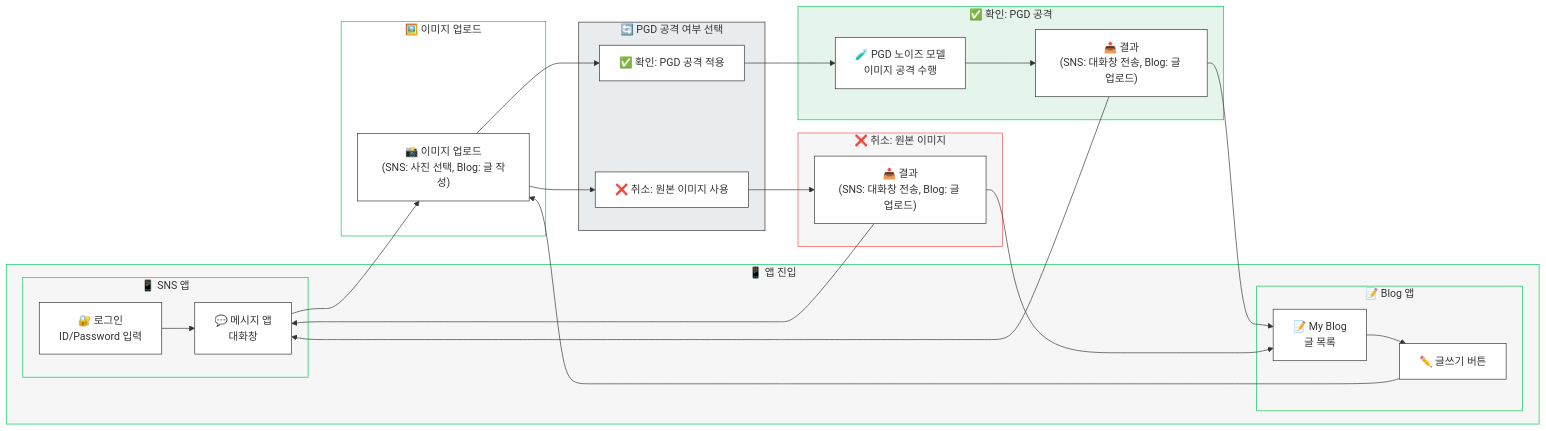
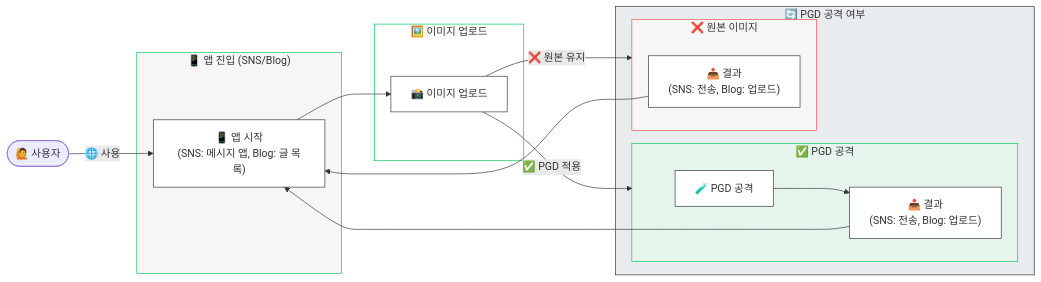
The fourth of 6 diagrams in README.md (hyundairotemai2/AIFAKER), drawn with Mermaid before and after one commit. The commit also changed other lines of this file, not shown here.

````diff
--- a/README.md
+++ b/README.md
@@ -127,64 +127,48 @@
 ```mermaid
 flowchart LR
-    %% 앱 진입
-    subgraph App_Entry ["📱 앱 진입"]
-        subgraph SNS ["📱 SNS 앱"]
-            sns_login["🔐 로그인<br/>ID/Password 입력"]
-            sns_message["💬 메시지 앱<br/>대화창"]
-            sns_login --> sns_message
-        end
-        subgraph Blog ["📝 Blog 앱"]
-            blog["📝 My Blog<br/>글 목록"]
-            write_button["✏️ 글쓰기 버튼"]
-            blog --> write_button
-        end
+    %% 앱 진입 (SNS/Blog 통합)
+    subgraph App_Entry ["📱 앱 진입 (SNS/Blog)"]
+        app_start["📱 앱 시작<br/>(SNS: 메시지 앱, Blog: 글 목록)"]
     end
 
     %% 이미지 업로드
     subgraph Image_Upload ["🖼️ 이미지 업로드"]
-        upload_image["📸 이미지 업로드<br/>(SNS: 사진 선택, Blog: 글 작성)"]
-        sns_message --> upload_image
-        write_button --> upload_image
+        upload_image["📸 이미지 업로드"]
+        app_start --> upload_image
     end
 
     %% PGD 공격 여부 선택
-    subgraph Choice ["🔄 PGD 공격 여부 선택"]
-        confirm["✅ 확인: PGD 공격 적용"]
-        cancel["❌ 취소: 원본 이미지 사용"]
-        upload_image --> confirm
-        upload_image --> cancel
+    subgraph Choice ["🔄 PGD 공격 여부"]
+        upload_image -->|✅ PGD 적용| Confirm_Path
+        upload_image -->|❌ 원본 유지| Cancel_Path
     end
 
-    %% 확인 경로: PGD 공격 및 결과 전송/업로드
-    subgraph Confirm_Path ["✅ 확인: PGD 공격"]
-        noise_model["🧪 PGD 노이즈 모델<br/>이미지 공격 수행"]
-        modified_result["📤 결과<br/>(SNS: 대화창 전송, Blog: 글 업로드)"]
+    %% 확인 경로: PGD 공격
+    subgraph Confirm_Path ["✅ PGD 공격"]
+        noise_model["🧪 PGD 공격"]
+        modified_result["📤 결과<br/>(SNS: 전송, Blog: 업로드)"]
         noise_model --> modified_result
-        confirm --> noise_model
     end
 
-    %% 취소 경로: 원본 이미지 전송/업로드
-    subgraph Cancel_Path ["❌ 취소: 원본 이미지"]
-        original_result["📤 결과<br/>(SNS: 대화창 전송, Blog: 글 업로드)"]
-        cancel --> original_result
+    %% 취소 경로: 원본 이미지
+    subgraph Cancel_Path ["❌ 원본 이미지"]
+        original_result["📤 결과<br/>(SNS: 전송, Blog: 업로드)"]
     end
 
     %% 결과 반영
-    modified_result --> sns_message
-    modified_result --> blog
-    original_result --> sns_message
-    original_result --> blog
+    modified_result --> app_start
+    original_result --> app_start
 
-    %% 서브그래프 스타일 (네이버 블로그 테마 반영)
-    style App_Entry fill:#F5F6F5,stroke:#03C75A,stroke-width:2px; %% Naver Blog background and green border
-    style SNS fill:#F5F6F5,stroke:#03C75A,stroke-width:1px;
-    style Blog fill:#F5F6F5,stroke:#03C75A,stroke-width:1px;
-    style Image_Upload fill:#FFFFFF,stroke:#03C75A,stroke-width:2px; %% White background for upload section
+    user(["🙋 사용자"]) -->|🌐 사용| app_start
+    
+    %% 서브그래프 스타일 (네이버 블로그 테마 간소화)
+    style App_Entry fill:#F5F6F5,stroke:#03C75A,stroke-width:1px; %% Naver Blog background and green border
+    style Image_Upload fill:#FFFFFF,stroke:#03C75A,stroke-width:1px; %% White background for upload section
     style Choice fill:#E8ECEF,stroke:#333333,stroke-width:1px; %% Light gray for choice section
-    style Confirm_Path fill:#E6F5EC,stroke:#03C75A,stroke-width:2px; %% Light green for confirm path
-    style Cancel_Path fill:#F5F6F5,stroke:#FF4D4F,stroke-width:2px; %% Default background with red border for cancel path
+    style Confirm_Path fill:#E6F5EC,stroke:#03C75A,stroke-width:1px; %% Light green for confirm path
+    style Cancel_Path fill:#F5F6F5,stroke:#FF4D4F,stroke-width:1px; %% Default background with red border for cancel path
 
-    %% 노드 스타일
+    %% 노드 스타일 (간소화)
     classDef node_style fill:#FFFFFF,stroke:#333333,stroke-width:1px;
-    class sns_login,sns_message,blog,write_button,upload_image,confirm,cancel,noise_model,modified_result,original_result node_style;
+    class app_start,upload_image,noise_model,modified_result,original_result node_style;
 ```
````
